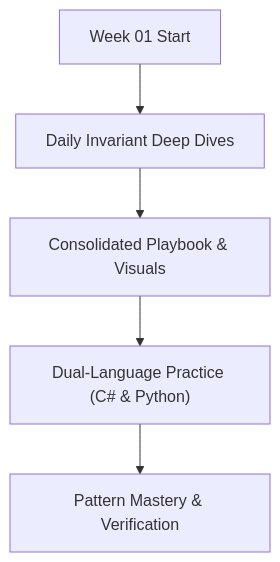
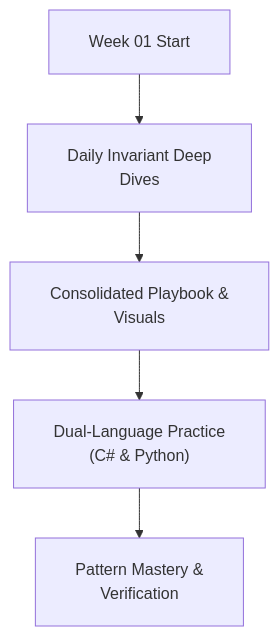
The diagram in week_01_foundations_i_computational_fundamentals/README.md (dip4k/DSA_102), drawn with Mermaid before and after one commit. The commit also changed 108 other files, not shown here.

First line of the commit message:
fix(mermaid): resolve diagram clipping, padding, and syntax issues across repo

````diff
--- a/week_01_foundations_i_computational_fundamentals/README.md
+++ b/week_01_foundations_i_computational_fundamentals/README.md
@@ -16,7 +16,8 @@
 ```mermaid
+%%{init: {"flowchart": {"htmlLabels": true, "padding": 20}}}%%
 flowchart TD
-    Start["Week 01 Start"] --> Daily["Daily Invariant Deep Dives"]
-    Daily --> Playbook["Consolidated Playbook & Visuals"]
-    Playbook --> DualLang["Dual-Language Practice (C# & Python)"]
-    DualLang --> Mastery["Pattern Mastery & Verification"]
+    Start["Week 01 Start"] --> Daily["Daily Invariant Deep<br/>Dives"]
+    Daily --> Playbook["Consolidated Playbook &<br/>Visuals"]
+    Playbook --> DualLang["Dual-Language Practice<br/>(C# & Python)"]
+    DualLang --> Mastery["Pattern Mastery &<br/>Verification"]
 ```
````
